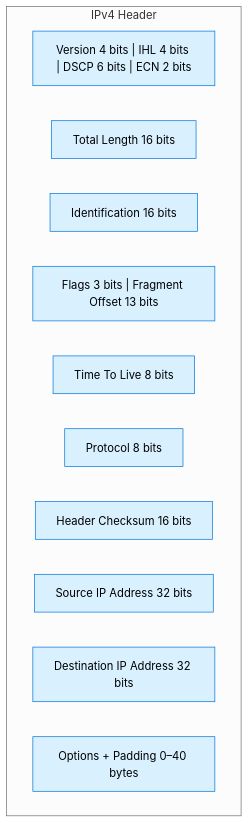
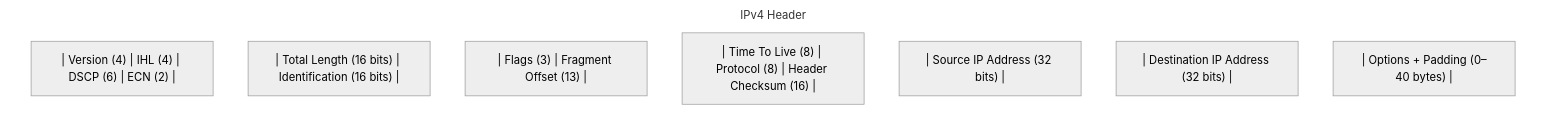
One commit to pavbjj/tcp-ip-deep-dive changed the third of 3 diagrams in headers/headers.md. Above: the diagram before and after it, drawn with Mermaid (neutral theme). The commit also changed other lines of this file, not shown here.

````diff
--- a/headers/headers.md
+++ b/headers/headers.md
@@ -44,18 +42,17 @@
 ``` mermaid
-graph TD
+graph TB
+    style IPv4_Header fill:none,stroke:none
+
     subgraph IPv4_Header["IPv4 Header"]
-        A1["Version 4 bits | IHL 4 bits | DSCP 6 bits | ECN 2 bits"]:::field
-        B1["Total Length 16 bits"]:::field
-        C1["Identification 16 bits"]:::field
-        D1["Flags 3 bits | Fragment Offset 13 bits"]:::field
-        E1["Time To Live 8 bits"]:::field
-        F1["Protocol 8 bits"]:::field
-        G1["Header Checksum 16 bits"]:::field
-        H1["Source IP Address 32 bits"]:::field
-        I1["Destination IP Address 32 bits"]:::field
-        J1["Options + Padding 0–40 bytes"]:::field
+        direction TB
+        R1["| Version (4) | IHL (4) | DSCP (6) | ECN (2) |"]
+        R2["| Total Length (16 bits) | Identification (16 bits) |"]
+        R3["| Flags (3) | Fragment Offset (13) |"]
+        R4["| Time To Live (8) | Protocol (8) | Header Checksum (16) |"]
+        R5["| Source IP Address (32 bits) |"]
+        R6["| Destination IP Address (32 bits) |"]
+        R7["| Options + Padding (0–40 bytes) |"]
     end
 
-    classDef field fill:#d9f0ff,stroke:#0074D9,stroke-width:1px;
 
 ```
````
